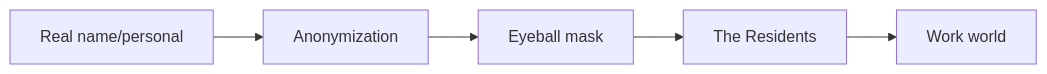
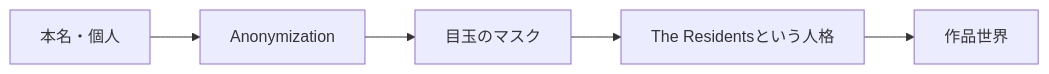
One commit to monumental-movement/monumental-movement.github.io changed the third of 17 diagrams in en/_posts/2026-07-06-column-angine-de-poitrine-the-residents.md. Above: the diagram before and after it, drawn with Mermaid. The commit also changed other lines of this file and 2196 other files, not shown here.

```diff
--- a/en/_posts/2026-07-06-column-angine-de-poitrine-the-residents.md
+++ b/en/_posts/2026-07-06-column-angine-de-poitrine-the-residents.md
@@ -366,14 +365,14 @@
 <div class="mermaid">
 flowchart LR
 
-A["Real name/personal"]
+A["本名・個人"]
 B["Anonymization"]
-C["Eyeball mask"]
-D["The Residents"]
-E["Work world"]
+C["目玉のマスク"]
+D["The Residentsという人格"]
+E["作品世界"]
 
 A --> B
 B --> C
 C --> D
 D --> E
 </div>
```
